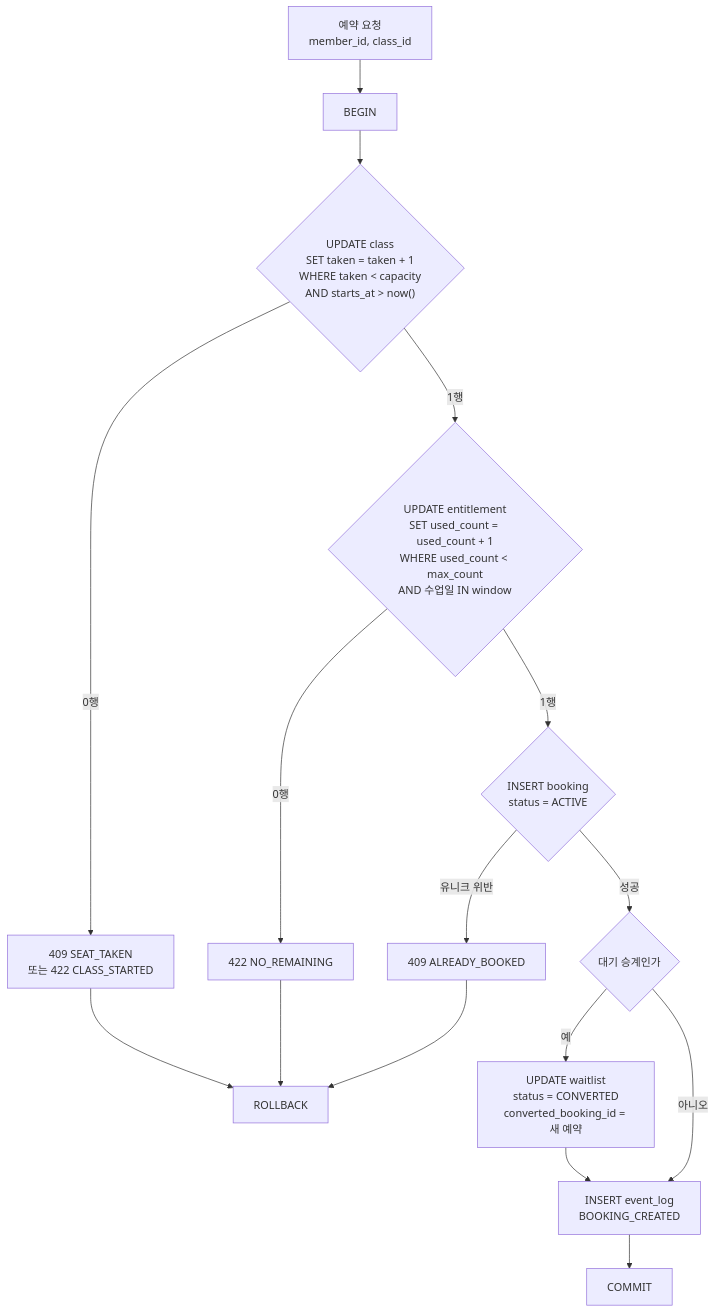
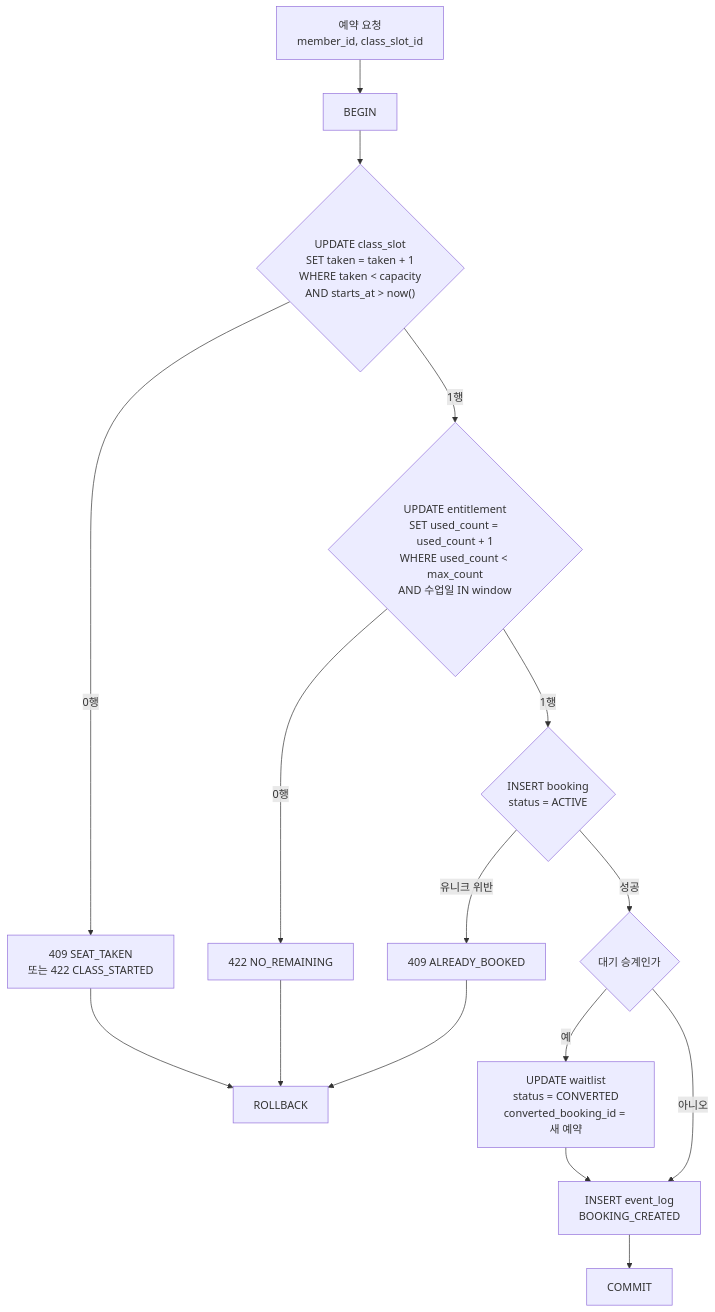
Before and after one commit to Fit-link-v2/FitLink-BE: the first of 3 diagrams in docs/spec/booking/write-paths.md, drawn with Mermaid. The commit also changed other lines of this file and 30 other files, not shown here.

First line of the commit message:
docs(spec): 2026-09-25 회의 결정을 ERD · 테이블 설계에 반영

````diff
--- a/docs/spec/booking/write-paths.md
+++ b/docs/spec/booking/write-paths.md
@@ -11,18 +11,18 @@
 ```mermaid
 flowchart TD
-    A["예약 요청<br/>member_id, class_id"] --> B["BEGIN"]
-    B --> C{"UPDATE class<br/>SET taken = taken + 1<br/>WHERE taken < capacity<br/>AND starts_at > now()"}
+    A["예약 요청<br/>member_id, class_slot_id"] --> B["BEGIN"]
+    B --> C{"UPDATE class_slot<br/>SET taken = taken + 1<br/>WHERE taken < capacity<br/>AND starts_at > now()"}
     C -->|"0행"| C1["409 SEAT_TAKEN<br/>또는 422 CLASS_STARTED"]
     C -->|"1행"| D{"UPDATE entitlement<br/>SET used_count = used_count + 1<br/>WHERE used_count < max_count<br/>AND 수업일 IN window"}
     D -->|"0행"| D1["422 NO_REMAINING"]
     D -->|"1행"| E{"INSERT booking<br/>status = ACTIVE"}
     E -->|"유니크 위반"| E1["409 ALREADY_BOOKED"]
     E -->|"성공"| F{"대기 승계인가"}
     F -->|"예"| G["UPDATE waitlist<br/>status = CONVERTED<br/>converted_booking_id = 새 예약"]
     F -->|"아니오"| H["INSERT event_log<br/>BOOKING_CREATED"]
     G --> H
     H --> I["COMMIT"]
     C1 --> R["ROLLBACK"]
     D1 --> R
     E1 --> R
 ```
````
